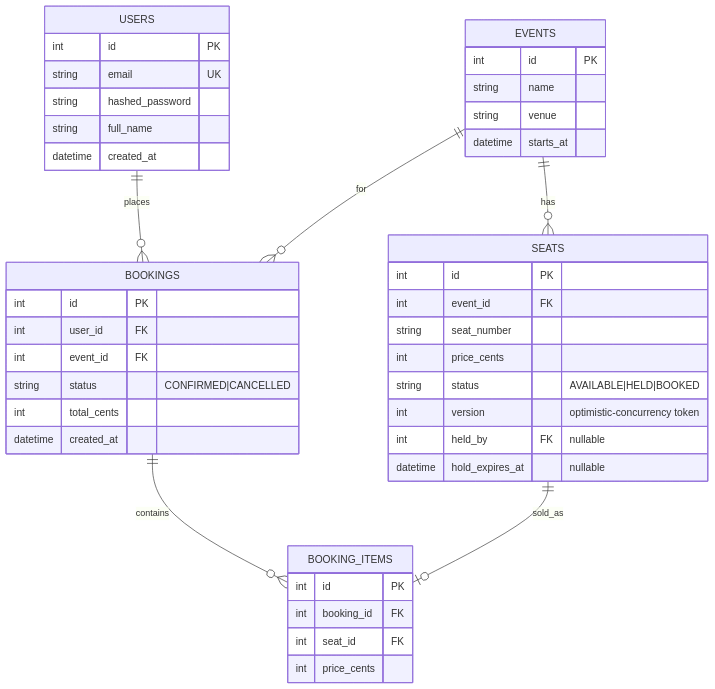
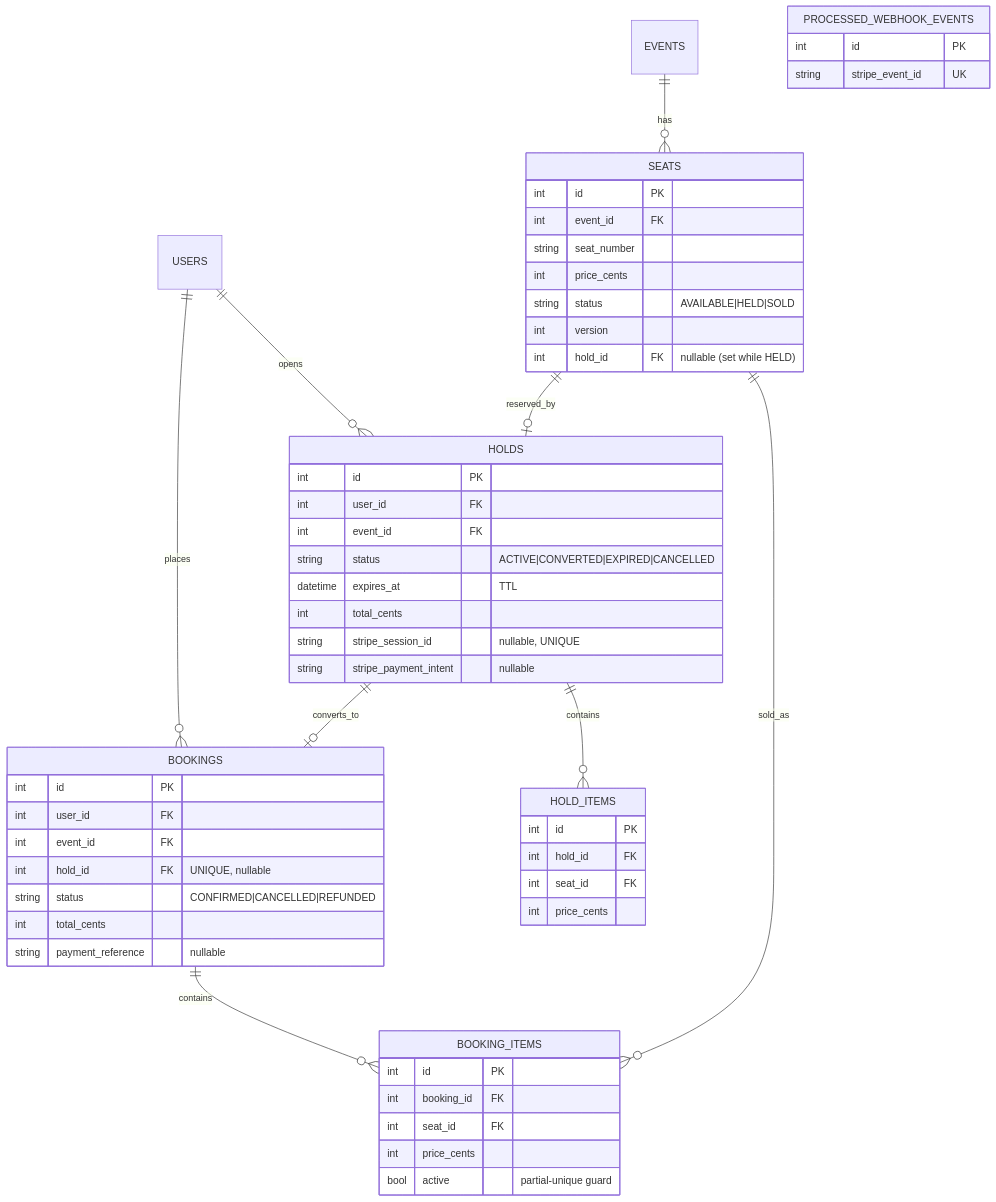
One commit to praharj123barman-glitch/ticketflow changed the first of 3 diagrams in docs/LLD.md. Above: the diagram before and after it, drawn with Mermaid. The commit also changed other lines of this file and 59 other files, not shown here.

````diff
--- a/docs/LLD.md
+++ b/docs/LLD.md
@@ -5,46 +5,57 @@
 ```mermaid
 erDiagram
+    USERS ||--o{ HOLDS : opens
     USERS ||--o{ BOOKINGS : places
     EVENTS ||--o{ SEATS : has
-    EVENTS ||--o{ BOOKINGS : for
+    HOLDS ||--o{ HOLD_ITEMS : contains
+    HOLDS ||--o| BOOKINGS : converts_to
+    SEATS ||--o| HOLDS : reserved_by
     BOOKINGS ||--o{ BOOKING_ITEMS : contains
-    SEATS ||--o| BOOKING_ITEMS : sold_as
+    SEATS ||--o{ BOOKING_ITEMS : sold_as
 
-    USERS {
-        int id PK
-        string email UK
-        string hashed_password
-        string full_name
-        datetime created_at
-    }
-    EVENTS {
-        int id PK
-        string name
-        string venue
-        datetime starts_at
-    }
     SEATS {
         int id PK
         int event_id FK
         string seat_number
         int price_cents
-        string status "AVAILABLE|HELD|BOOKED"
-        int version "optimistic-concurrency token"
-        int held_by FK "nullable"
-        datetime hold_expires_at "nullable"
+        string status "AVAILABLE|HELD|SOLD"
+        int version
+        int hold_id FK "nullable (set while HELD)"
+    }
+    HOLDS {
+        int id PK
+        int user_id FK
+        int event_id FK
+        string status "ACTIVE|CONVERTED|EXPIRED|CANCELLED"
+        datetime expires_at "TTL"
+        int total_cents
+        string stripe_session_id "nullable, UNIQUE"
+        string stripe_payment_intent "nullable"
+    }
+    HOLD_ITEMS {
+        int id PK
+        int hold_id FK
+        int seat_id FK
+        int price_cents
     }
     BOOKINGS {
         int id PK
         int user_id FK
         int event_id FK
-        string status "CONFIRMED|CANCELLED"
+        int hold_id FK "UNIQUE, nullable"
+        string status "CONFIRMED|CANCELLED|REFUNDED"
         int total_cents
-        datetime created_at
+        string payment_reference "nullable"
     }
     BOOKING_ITEMS {
         int id PK
         int booking_id FK
         int seat_id FK
         int price_cents
+        bool active "partial-unique guard"
+    }
+    PROCESSED_WEBHOOK_EVENTS {
+        int id PK
+        string stripe_event_id UK
     }
 ```
````
